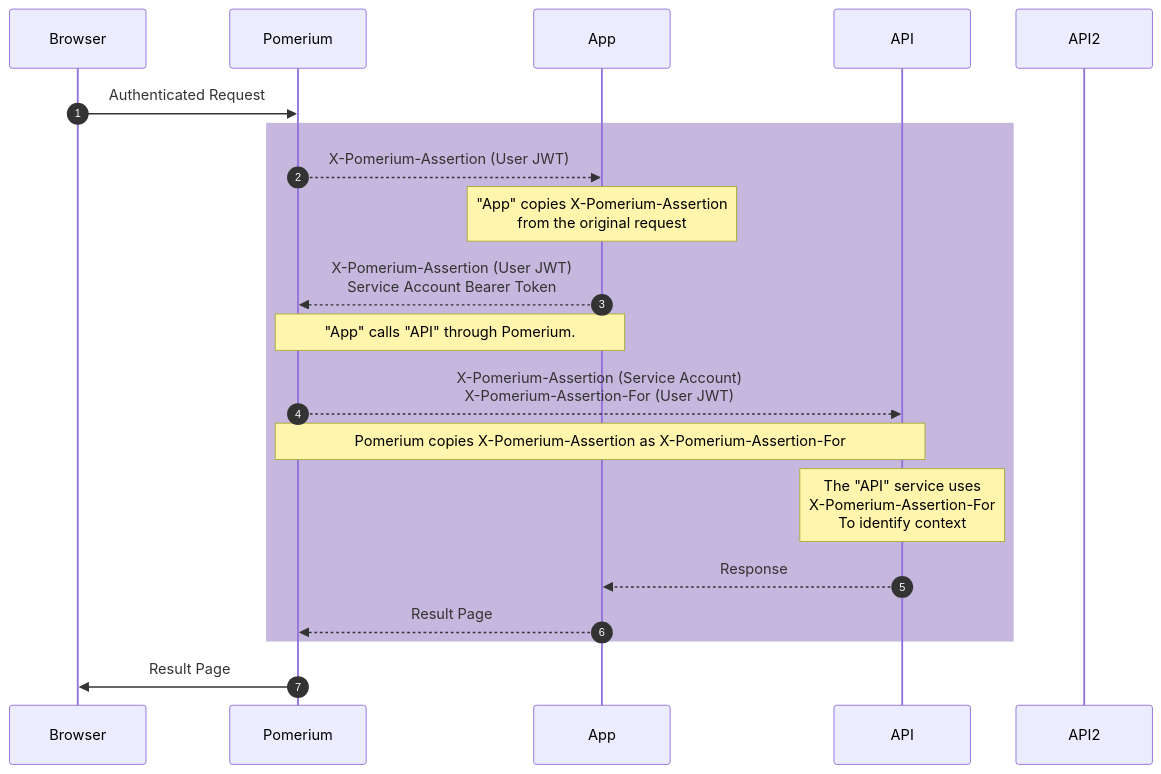
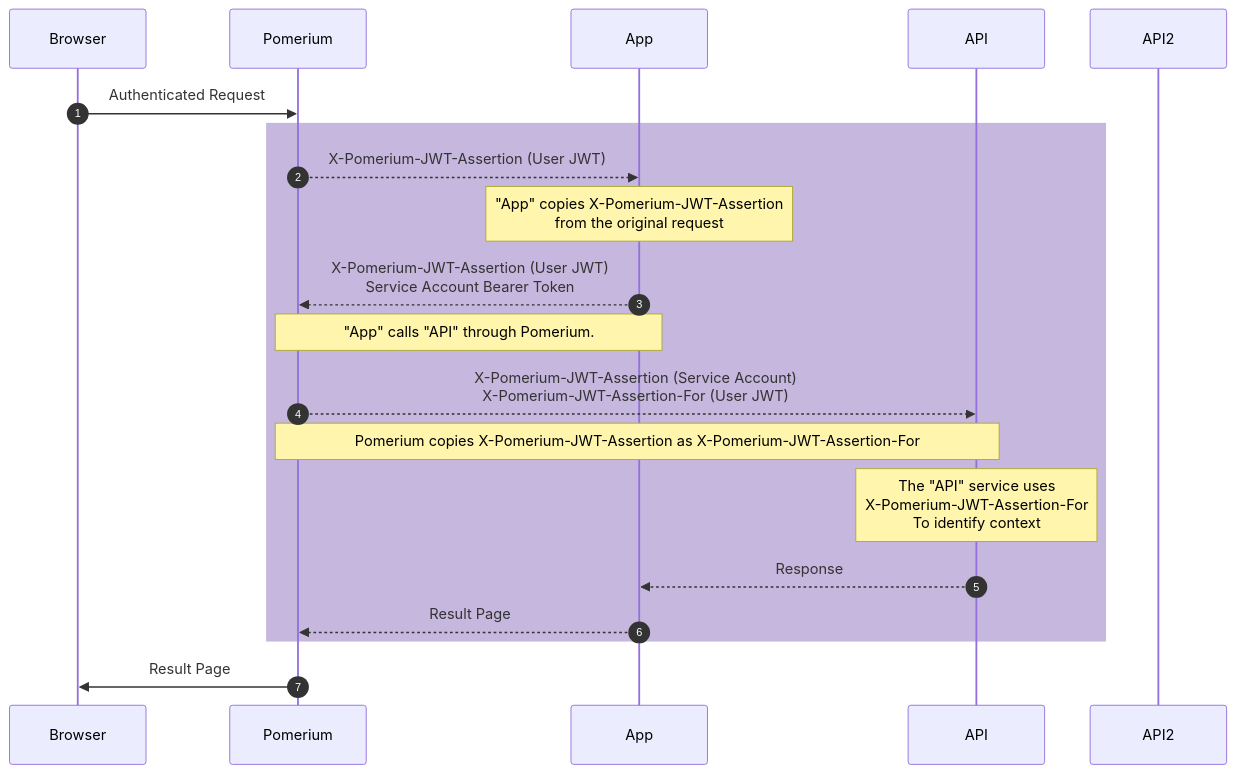
Before and after one commit to pomerium/pomerium: the first of 2 diagrams in docs/docs/topics/original-request-context.md, drawn with Mermaid. The commit also changed other lines of this file, not shown here.

````diff
--- a/docs/docs/topics/original-request-context.md
+++ b/docs/docs/topics/original-request-context.md
@@ -61,24 +61,24 @@
 ```mermaid
 sequenceDiagram
     autonumber
     participant Browser
     participant Pomerium
     participant App
     participant API
     participant API2
     Browser->>Pomerium: Authenticated Request
     rect rgba(197, 183, 221)
-        Pomerium-->>App: X-Pomerium-Assertion (User JWT)
+        Pomerium-->>App: X-Pomerium-JWT-Assertion (User JWT)
         %%rect rgba(0, 255, 255)
-            Note over App: "App" copies X-Pomerium-Assertion <br/>from the original request
-            App-->>Pomerium: X-Pomerium-Assertion (User JWT)<br/> Service Account Bearer Token
+            Note over App: "App" copies X-Pomerium-JWT-Assertion <br/>from the original request
+            App-->>Pomerium: X-Pomerium-JWT-Assertion (User JWT)<br/> Service Account Bearer Token
             Note over Pomerium, App: "App" calls "API" through Pomerium.
-            Pomerium-->>API: X-Pomerium-Assertion (Service Account) <br/>X-Pomerium-Assertion-For (User JWT)
-            Note over Pomerium, API: Pomerium copies X-Pomerium-Assertion as X-Pomerium-Assertion-For
+            Pomerium-->>API: X-Pomerium-JWT-Assertion (Service Account) <br/>X-Pomerium-JWT-Assertion-For (User JWT)
+            Note over Pomerium, API: Pomerium copies X-Pomerium-JWT-Assertion as X-Pomerium-JWT-Assertion-For
        %% end
-        Note over API: The "API" service uses <br/>X-Pomerium-Assertion-For <br/>To identify context
+        Note over API: The "API" service uses <br/>X-Pomerium-JWT-Assertion-For <br/>To identify context
         API-->>App: Response
         App-->>Pomerium: Result Page
     end
     Pomerium->>Browser: Result Page
 ```
````
